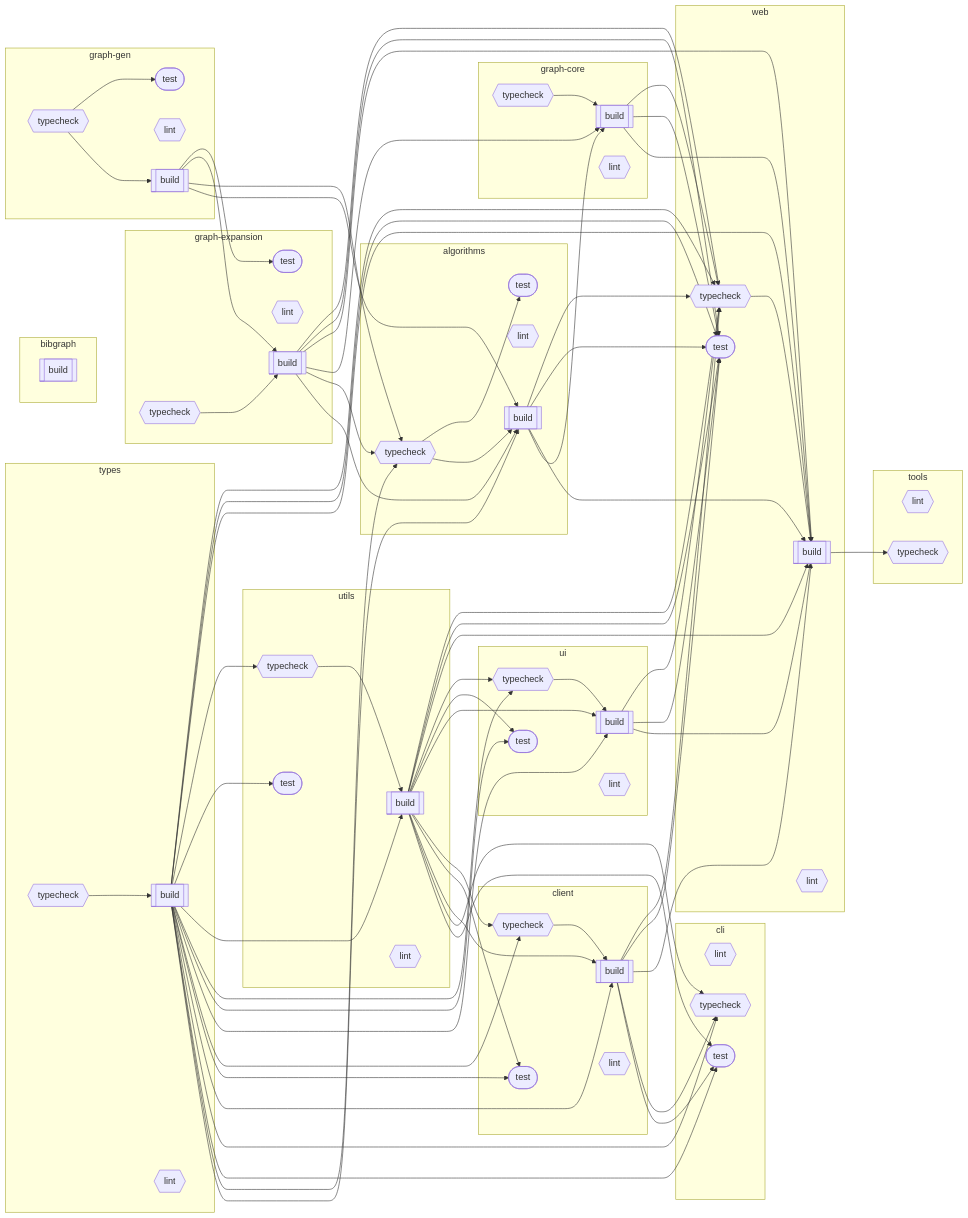
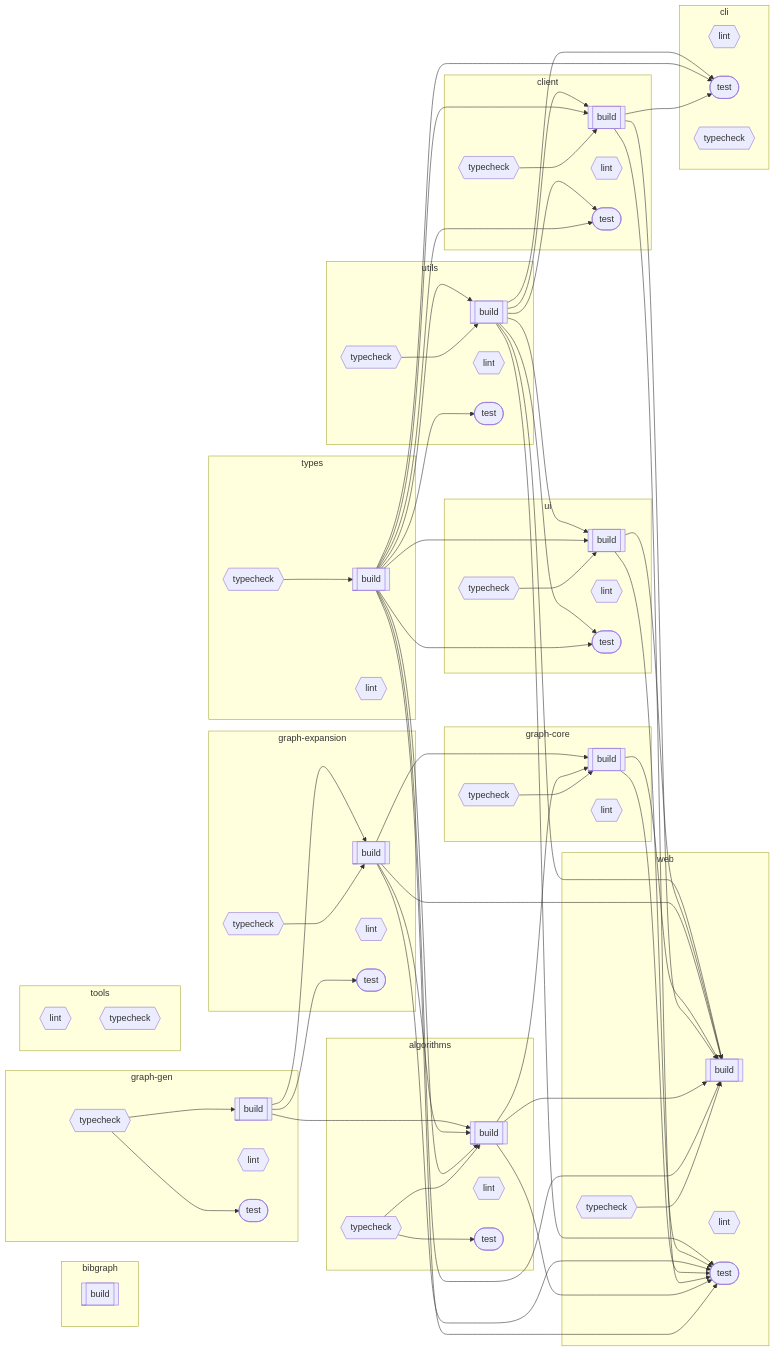
Before and after one commit to Mearman/BibGraph: the diagram in README.md, drawn with Mermaid.

Commit message:
docs(readme): clean up task dependency graph
Remove redundant task dependencies from Nx task dependency graph to
simplify visualization and reflect actual dependency structure.

````diff
--- a/README.md
+++ b/README.md
@@ -186,26 +186,18 @@
 
     %% Task dependencies
     algorithms_typecheck --> algorithms_build
+    types_build --> algorithms_build
     graph_expansion_build --> algorithms_build
     graph_gen_build --> algorithms_build
-    types_build --> algorithms_build
     algorithms_typecheck --> algorithms_test
-    graph_expansion_build --> algorithms_typecheck
-    graph_gen_build --> algorithms_typecheck
-    types_build --> algorithms_typecheck
     client_build --> cli_test
     types_build --> cli_test
     utils_build --> cli_test
-    client_build --> cli_typecheck
-    types_build --> cli_typecheck
-    utils_build --> cli_typecheck
     client_typecheck --> client_build
     types_build --> client_build
     utils_build --> client_build
     types_build --> client_test
     utils_build --> client_test
-    types_build --> client_typecheck
-    utils_build --> client_typecheck
     graph_core_typecheck --> graph_core_build
     algorithms_build --> graph_core_build
     graph_expansion_build --> graph_core_build
@@ -214,19 +206,15 @@
     graph_gen_build --> graph_expansion_test
     graph_gen_typecheck --> graph_gen_build
     graph_gen_typecheck --> graph_gen_test
-    web_build --> tools_typecheck
     types_typecheck --> types_build
     ui_typecheck --> ui_build
     types_build --> ui_build
     utils_build --> ui_build
     types_build --> ui_test
     utils_build --> ui_test
-    types_build --> ui_typecheck
-    utils_build --> ui_typecheck
     utils_typecheck --> utils_build
     types_build --> utils_build
     types_build --> utils_test
-    types_build --> utils_typecheck
     web_typecheck --> web_build
     types_build --> web_build
     algorithms_build --> web_build
@@ -242,11 +230,4 @@
     graph_expansion_build --> web_test
     ui_build --> web_test
     utils_build --> web_test
-    types_build --> web_typecheck
-    algorithms_build --> web_typecheck
-    client_build --> web_typecheck
-    graph_core_build --> web_typecheck
-    graph_expansion_build --> web_typecheck
-    ui_build --> web_typecheck
-    utils_build --> web_typecheck
 ```
````
